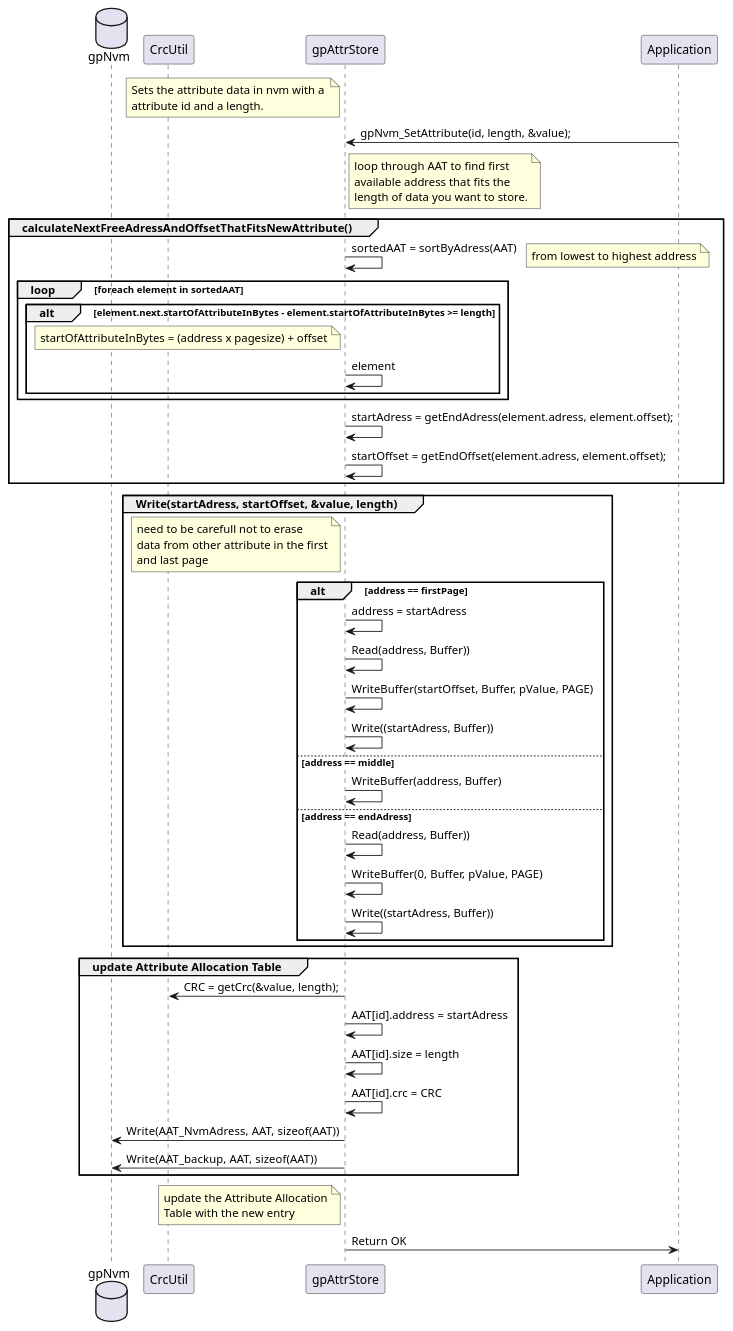
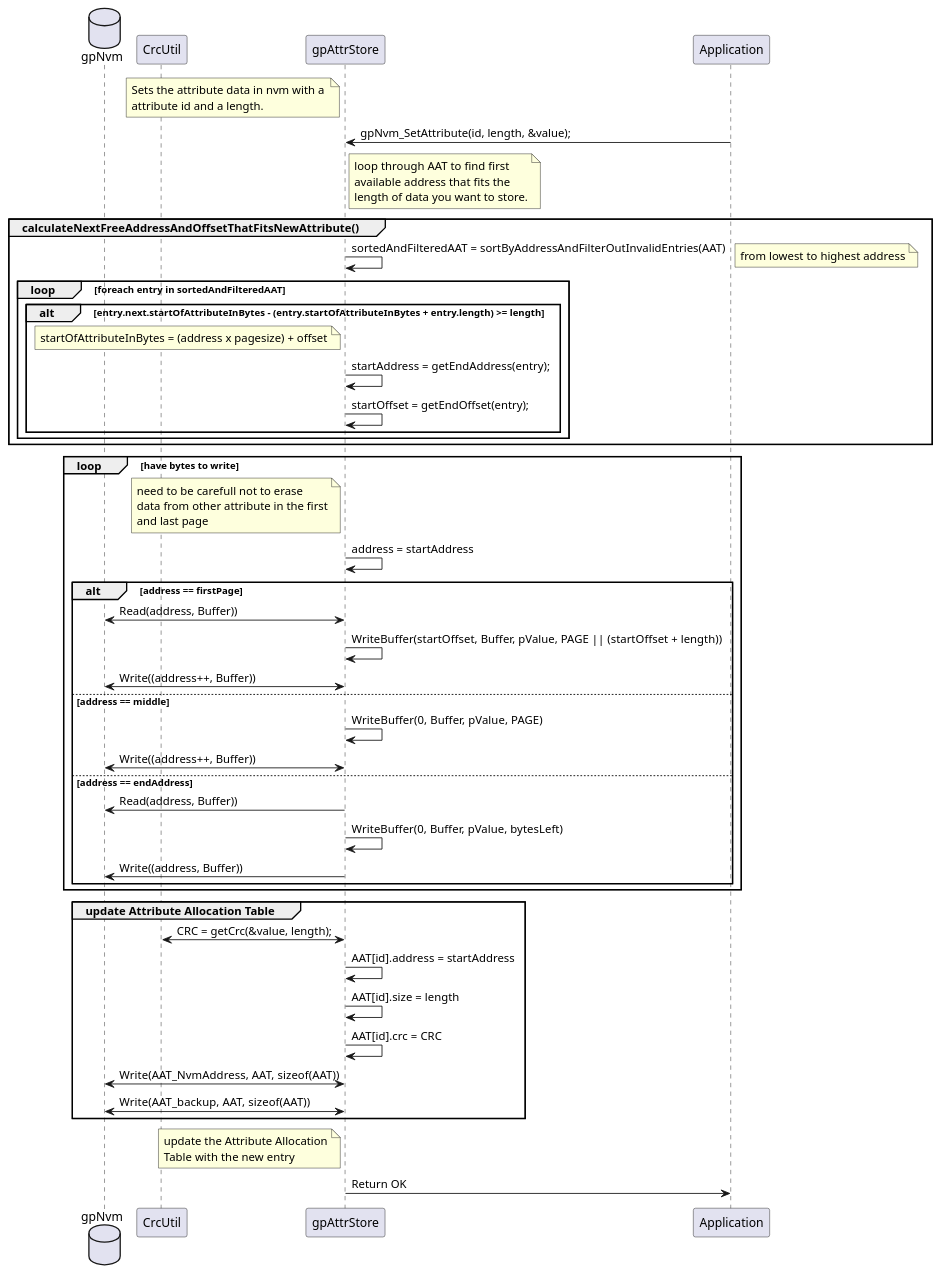
Before and after one commit to kevinwong1983/AttributeAllocationTable: the sixth of 6 diagrams in doc/design.md, drawn with PlantUML. The commit also changed other lines of this file and 12 other files, not shown here.

```diff
--- a/doc/design.md
+++ b/doc/design.md
@@ -238,68 +239,69 @@
 @startuml gpNvm_SetAttribute
 note left of gpAttrStore
 	Sets the attribute data in nvm with a 
 	attribute id and a length.
 end note
 
 database gpNvm
 participant CrcUtil
 participant gpAttrStore
 participant Application
 
 Application -> gpAttrStore : gpNvm_SetAttribute(id, length, &value);
 	note right of gpAttrStore
 		loop through AAT to find first
 		available address that fits the
 		length of data you want to store.
 	end note
-	group calculateNextFreeAdressAndOffsetThatFitsNewAttribute()
-		gpAttrStore -> gpAttrStore: sortedAAT = sortByAdress(AAT)
+	group calculateNextFreeAddressAndOffsetThatFitsNewAttribute()
+		gpAttrStore -> gpAttrStore: sortedAndFilteredAAT = sortByAddressAndFilterOutInvalidEntries(AAT)
 		note right: from lowest to highest address
-		loop foreach element in sortedAAT
-			alt element.next.startOfAttributeInBytes - element.startOfAttributeInBytes >= length
+		loop foreach entry in sortedAndFilteredAAT
+			alt entry.next.startOfAttributeInBytes - (entry.startOfAttributeInBytes + entry.length) >= length
 				note left of gpAttrStore
 					startOfAttributeInBytes = (address x pagesize) + offset
 				end note
-				gpAttrStore -> gpAttrStore: element
+				gpAttrStore -> gpAttrStore: startAddress = getEndAddress(entry);
+				gpAttrStore -> gpAttrStore: startOffset = getEndOffset(entry);
 			end
 		end
-		gpAttrStore -> gpAttrStore: startAdress = getEndAdress(element.adress, element.offset);
-		gpAttrStore -> gpAttrStore: startOffset = getEndOffset(element.adress, element.offset);
 	end
 
-	group Write(startAdress, startOffset, &value, length)
+	loop have bytes to write
 		note left of gpAttrStore
 			need to be carefull not to erase
 			data from other attribute in the first
 			and last page
 		end note
+		gpAttrStore -> gpAttrStore: address = startAddress
 		alt address == firstPage
-			gpAttrStore -> gpAttrStore: address = startAdress
-			gpAttrStore -> gpAttrStore: Read(address, Buffer))
-			gpAttrStore -> gpAttrStore: WriteBuffer(startOffset, Buffer, pValue, PAGE)
-			gpAttrStore -> gpAttrStore: Write((startAdress, Buffer))
+			
+			gpAttrStore <-> gpNvm: Read(address, Buffer))
+			gpAttrStore -> gpAttrStore: WriteBuffer(startOffset, Buffer, pValue, PAGE || (startOffset + length))
+			gpAttrStore <-> gpNvm: Write((address++, Buffer))
 		else address == middle
-			gpAttrStore -> gpAttrStore: WriteBuffer(address, Buffer)
-		else address == endAdress
-			gpAttrStore -> gpAttrStore: Read(address, Buffer))
 			gpAttrStore -> gpAttrStore: WriteBuffer(0, Buffer, pValue, PAGE)
-			gpAttrStore -> gpAttrStore: Write((startAdress, Buffer))
+			gpAttrStore <-> gpNvm: Write((address++, Buffer))
+		else address == endAddress
+			gpAttrStore -> gpNvm: Read(address, Buffer))
+			gpAttrStore -> gpAttrStore: WriteBuffer(0, Buffer, pValue, bytesLeft)
+			gpAttrStore -> gpNvm: Write((address, Buffer))
 		end
 	end
 
 	group update Attribute Allocation Table
-		gpAttrStore -> CrcUtil : CRC = getCrc(&value, length);
-		gpAttrStore -> gpAttrStore : AAT[id].address = startAdress
+		gpAttrStore <-> CrcUtil : CRC = getCrc(&value, length);
+		gpAttrStore -> gpAttrStore : AAT[id].address = startAddress
 		gpAttrStore -> gpAttrStore : AAT[id].size = length
 		gpAttrStore -> gpAttrStore : AAT[id].crc = CRC
-		gpAttrStore -> gpNvm: Write(AAT_NvmAdress, AAT, sizeof(AAT))
-		gpAttrStore -> gpNvm: Write(AAT_backup, AAT, sizeof(AAT))
+		gpAttrStore <-> gpNvm: Write(AAT_NvmAddress, AAT, sizeof(AAT))
+		gpAttrStore <-> gpNvm: Write(AAT_backup, AAT, sizeof(AAT))
 	end
 
 	note left of gpAttrStore
 		update the Attribute Allocation
 		Table with the new entry
 	end note
 	gpAttrStore -> Application : Return OK
 
 @enduml
```
